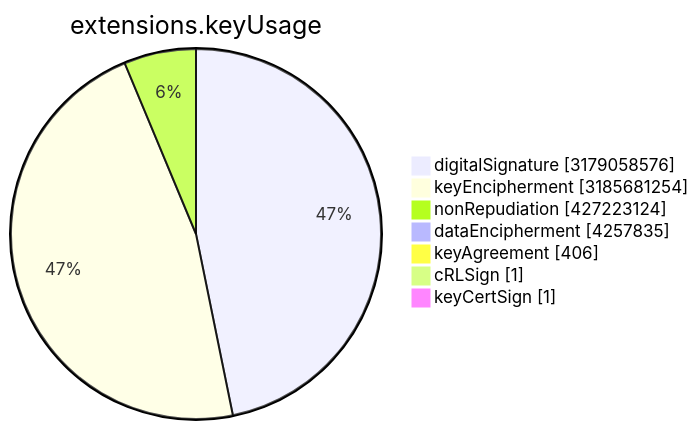
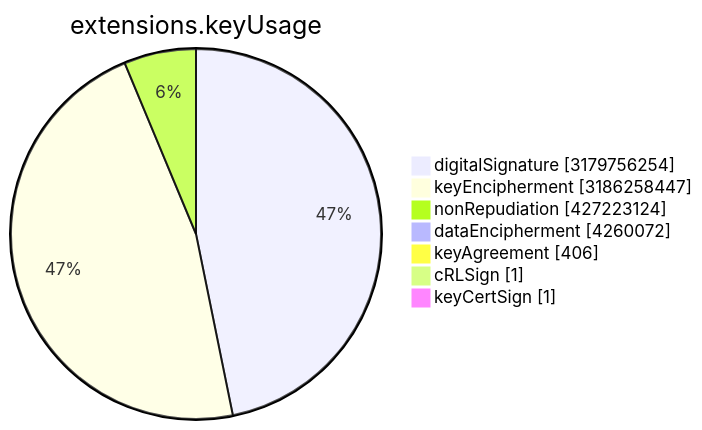
The sixth of 15 diagrams in TOTAL/README.md (christiankrug/ctmonitor_visualization), drawn with Mermaid before and after one commit. The commit also changed other lines of this file, not shown here.

````diff
--- a/TOTAL/README.md
+++ b/TOTAL/README.md
@@ -3077,11 +3077,11 @@
 ```mermaid
 pie showData
 title extensions.keyUsage
-"digitalSignature" :3179058576
-"keyEncipherment" :3185681254
+"digitalSignature" :3179756254
+"keyEncipherment" :3186258447
 "nonRepudiation" :427223124
-"dataEncipherment" :4257835
+"dataEncipherment" :4260072
 "keyAgreement" :406
 "cRLSign" :1
 "keyCertSign" :1
 ```
````
